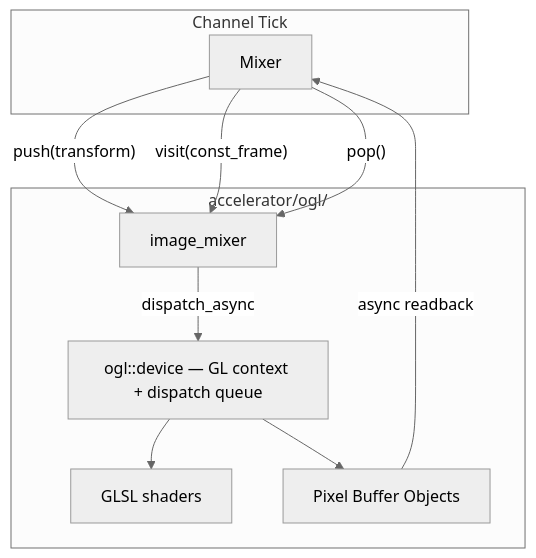
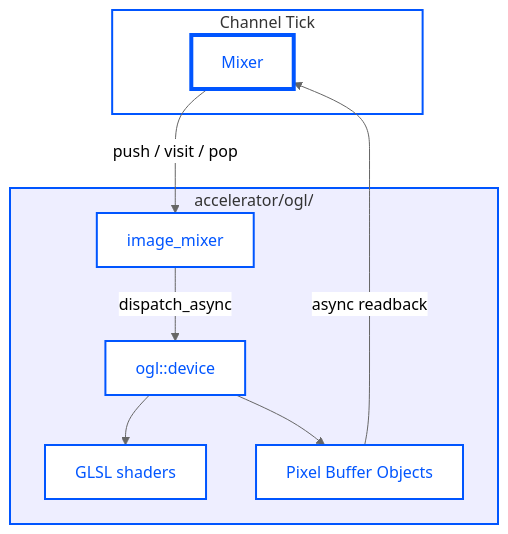
One commit to den-frie-vilje/casparCG changed the sixth of 10 diagrams in docs/architecture.md. Above: the diagram before and after it, drawn with Mermaid (neutral theme). The commit also changed other lines of this file, not shown here.

Commit message:
docs: style all sequence diagrams and OpenGL diagram

````diff
--- a/docs/architecture.md
+++ b/docs/architecture.md
@@ -366,21 +367,27 @@
 ```mermaid
 flowchart TB
+    classDef coreNode fill:#FFF,color:#0055FF,stroke:#0055FF,stroke-width:4px
+    classDef gpuNode fill:#FFF,color:#0055FF,stroke:#0055FF,stroke-width:2px
+    classDef sgCore stroke:#0055FF,fill:#FFF,stroke-width:2px
+    classDef sgGpu stroke:#0055FF,fill:#EEF,stroke-width:2px
+
     subgraph Channel["Channel Tick"]
-        MIX[Mixer]
+        MIX[Mixer]:::coreNode
     end
 
     subgraph Accelerator["accelerator/ogl/"]
-        IM[image_mixer]
-        DEV[ogl::device — GL context + dispatch queue]
-        SHADER[GLSL shaders]
-        PBO[Pixel Buffer Objects]
+        IM[image_mixer]:::gpuNode
+        DEV[ogl::device]:::gpuNode
+        SHADER[GLSL shaders]:::gpuNode
+        PBO[Pixel Buffer Objects]:::gpuNode
     end
 
-    MIX -->|"push(transform)"| IM
-    MIX -->|"visit(const_frame)"| IM
-    MIX -->|"pop()"| IM
+    MIX -->|"push / visit / pop"| IM
     IM -->|dispatch_async| DEV
     DEV --> SHADER
     DEV --> PBO
     PBO -->|async readback| MIX
+
+    class Channel sgCore
+    class Accelerator sgGpu
 ```
````
